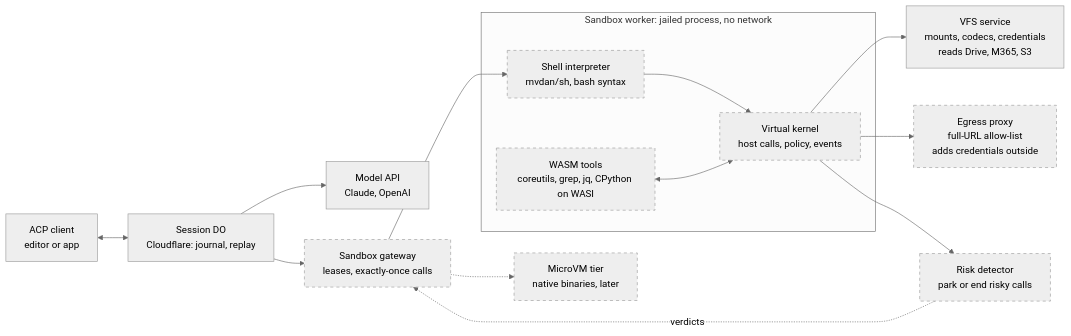
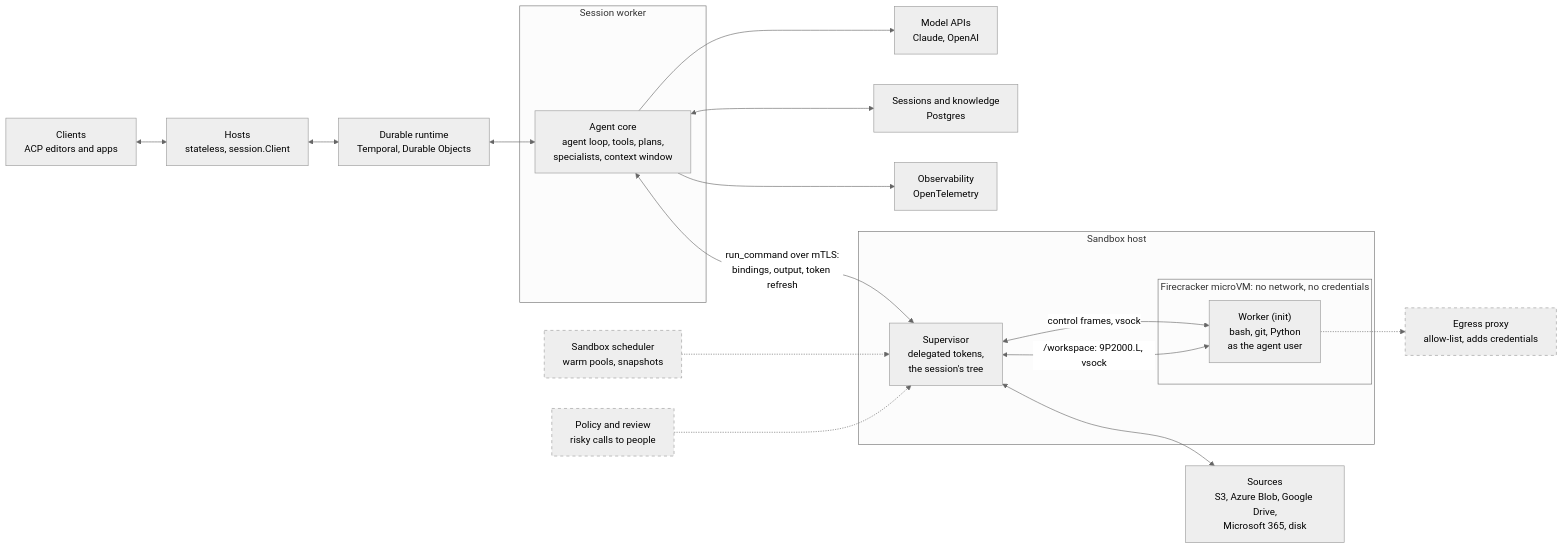
Before and after one commit to Ryanaldo34/tacklr: the diagram in README.md, drawn with Mermaid (neutral theme). The commit also changed other lines of this file and 47 other files, not shown here.

First line of the commit message:
Run sandbox workers in Firecracker microVMs

````diff
--- a/README.md
+++ b/README.md
@@ -130,19 +130,28 @@
 ```mermaid
 flowchart LR
-    client["ACP client<br/>editor or app"] <--> session["Session DO<br/>Cloudflare: journal, replay"]
-    session --> model["Model API<br/>Claude, OpenAI"]
-    session --> gateway["Sandbox gateway<br/>leases, exactly-once calls"]
-    gateway -.-> microvm["MicroVM tier<br/>native binaries, later"]
-    detector["Risk detector<br/>park or end risky calls"] -. verdicts .-> gateway
-    gateway --> shell
-    subgraph worker["Sandbox worker: jailed process, no network"]
-        shell["Shell interpreter<br/>mvdan/sh, bash syntax"] --> kernel["Virtual kernel<br/>host calls, policy, events"]
-        tools["WASM tools<br/>coreutils, grep, jq, CPython on WASI"] <--> kernel
+    client["Clients<br/>ACP editors and apps"] <--> host["Hosts<br/>stateless, session.Client"]
+    host <--> runtime["Durable runtime<br/>Temporal, Durable Objects"]
+    subgraph sessionworker["Session worker"]
+        core["Agent core<br/>agent loop, tools, plans,<br/>specialists, context window"]
     end
-    kernel --> vfs["VFS service<br/>mounts, codecs, credentials<br/>reads Drive, M365, S3"]
-    kernel --> proxy["Egress proxy<br/>full-URL allow-list<br/>adds credentials outside"]
-    kernel --> detector
+    runtime <--> core
+    core --> models["Model APIs<br/>Claude, OpenAI"]
+    core <--> stores["Sessions and knowledge<br/>Postgres"]
+    core --> otel["Observability<br/>OpenTelemetry"]
+    core <-- "run_command over mTLS:<br/>bindings, output, token refresh" --> supervisor
+    subgraph sandboxhost["Sandbox host"]
+        supervisor["Supervisor<br/>delegated tokens,<br/>the session's tree"]
+        subgraph vm["Firecracker microVM: no network, no credentials"]
+            worker["Worker (init)<br/>bash, git, Python<br/>as the agent user"]
+        end
+        supervisor <-- "control frames, vsock" --> worker
+        supervisor <-- "/workspace: 9P2000.L, vsock" --> worker
+    end
+    supervisor <--> sources["Sources<br/>S3, Azure Blob, Google Drive,<br/>Microsoft 365, disk"]
+    scheduler["Sandbox scheduler<br/>warm pools, snapshots"] -.-> supervisor
+    policy["Policy and review<br/>risky calls to people"] -.-> supervisor
+    worker -.-> proxy["Egress proxy<br/>allow-list, adds credentials"]
 
     classDef planned stroke-dasharray: 5 5
-    class gateway,microvm,detector,shell,kernel,tools,proxy planned
+    class scheduler,policy,proxy planned
 ```
````
